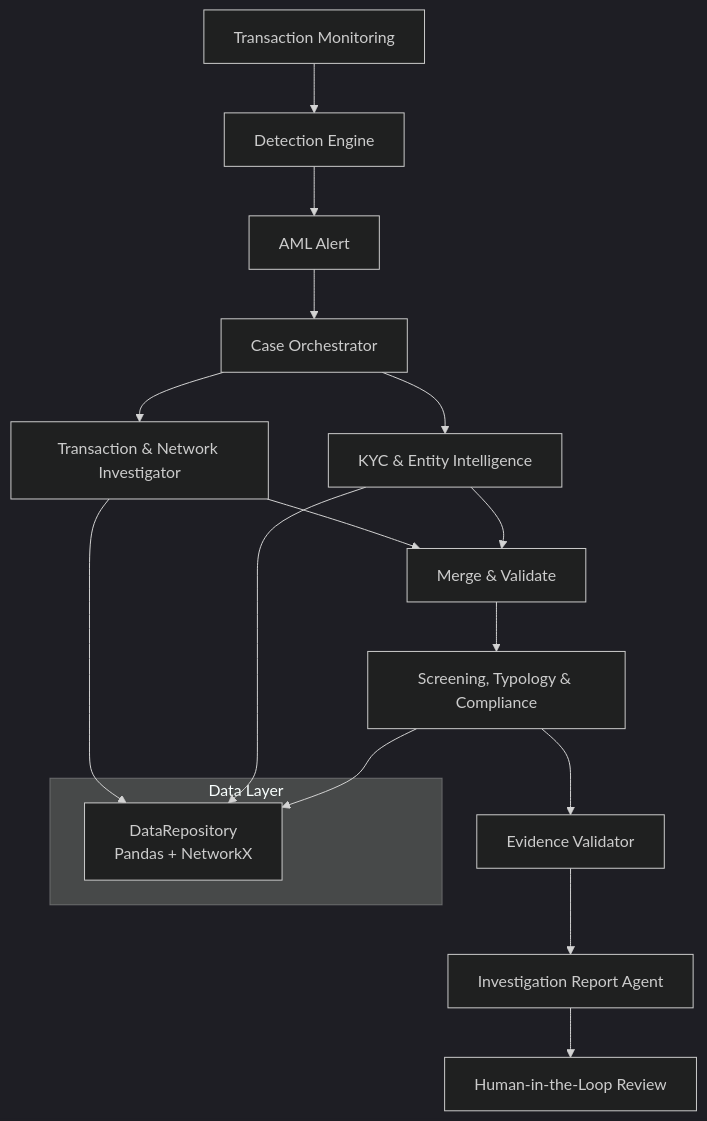
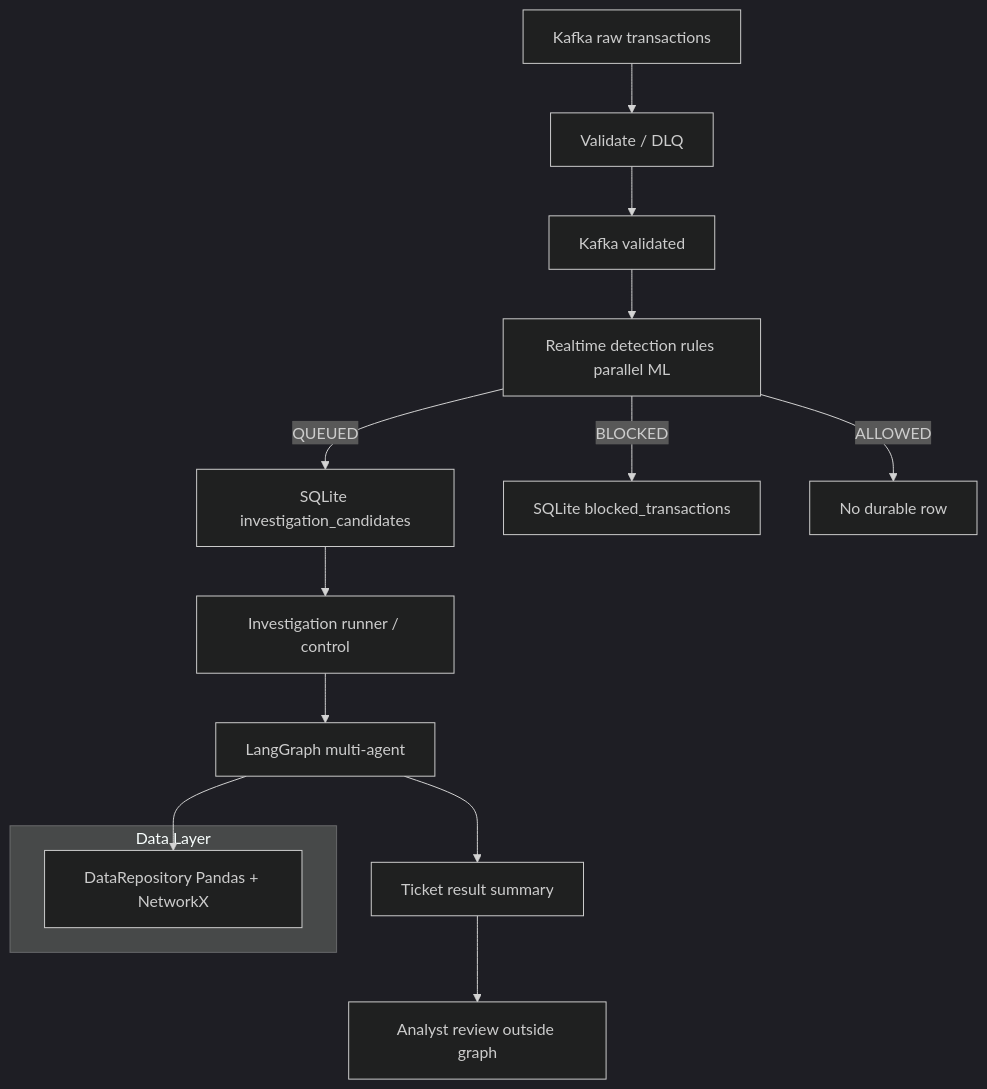
The first of 2 diagrams in docs/architecture.md (Vu-Quoc-Tuan/AML-INVESTIGATOR), drawn with Mermaid (dark theme) before and after one commit. The commit also changed other lines of this file and 13 other files, not shown here.

````diff
--- a/docs/architecture.md
+++ b/docs/architecture.md
@@ -20,24 +25,19 @@
 ```mermaid
 graph TD
-    A[Transaction Monitoring] --> B[Detection Engine]
-    B --> C[AML Alert]
-    C --> D[Case Orchestrator]
-    
-    D --> E[Transaction & Network Investigator]
-    D --> F[KYC & Entity Intelligence]
-    E & F --> G[Merge & Validate]
-    
-    G --> H[Screening, Typology & Compliance]
-    H --> I[Evidence Validator]
-    
-    I --> J[Investigation Report Agent]
-    J --> K[Human-in-the-Loop Review]
-    
-    subgraph "Data Layer"
-        L[DataRepository<br/>Pandas + NetworkX]
+    A[Kafka raw transactions] --> B[Validate / DLQ]
+    B --> C[Kafka validated]
+    C --> D[Realtime detection rules parallel ML]
+    D -->|QUEUED| E[SQLite investigation_candidates]
+    D -->|BLOCKED| F[SQLite blocked_transactions]
+    D -->|ALLOWED| G[No durable row]
+    E --> H[Investigation runner / control]
+    H --> I[LangGraph multi-agent]
+    I --> J[Ticket result summary]
+    J --> K[Analyst review outside graph]
+
+    subgraph DataLayer [Data Layer]
+        L[DataRepository Pandas + NetworkX]
     end
-    
-    E --> L
-    F --> L
-    H --> L
+
+    I --> L
 ```
````
